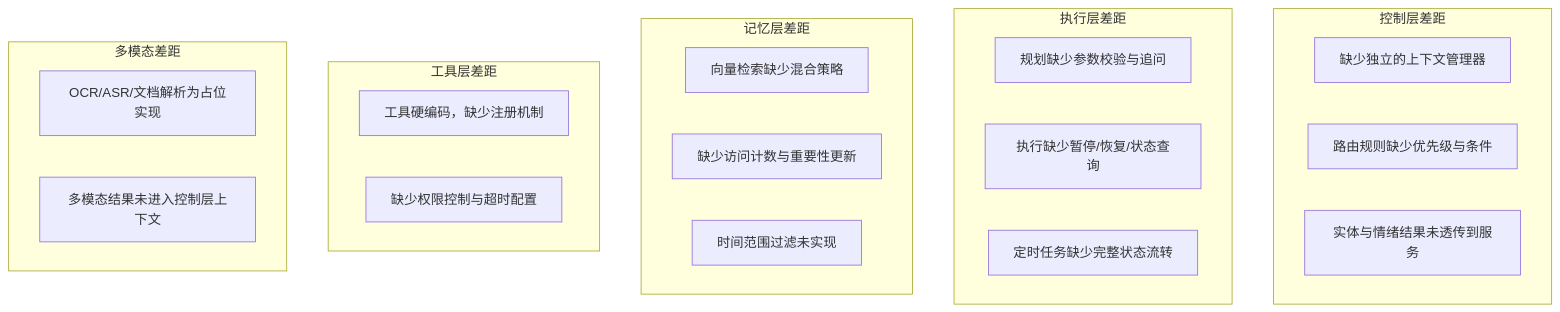
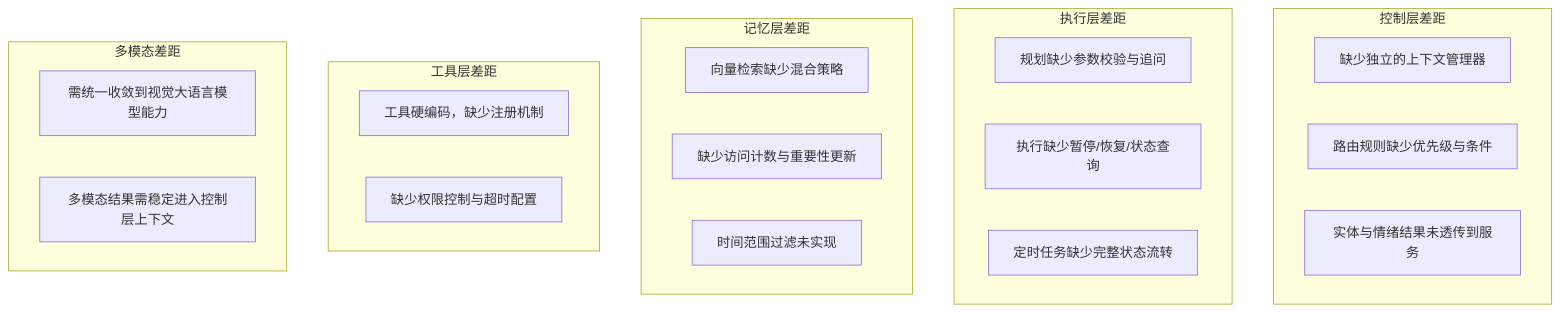
Before and after one commit to lukelzlz/xiaoyou: the first of 2 diagrams in plans/design-gap-plan.md, drawn with Mermaid. The commit also changed other lines of this file and 33 other files, not shown here.

````diff
--- a/plans/design-gap-plan.md
+++ b/plans/design-gap-plan.md
@@ -32,30 +32,30 @@
 ```mermaid
 flowchart TB
     subgraph 控制层差距
         C1[缺少独立的上下文管理器]
         C2[路由规则缺少优先级与条件]
         C3[实体与情绪结果未透传到服务]
     end
 
     subgraph 执行层差距
         E1[规划缺少参数校验与追问]
         E2[执行缺少暂停/恢复/状态查询]
         E3[定时任务缺少完整状态流转]
     end
 
     subgraph 记忆层差距
         M1[向量检索缺少混合策略]
         M2[缺少访问计数与重要性更新]
         M3[时间范围过滤未实现]
     end
 
     subgraph 工具层差距
         T1[工具硬编码，缺少注册机制]
         T2[缺少权限控制与超时配置]
     end
 
     subgraph 多模态差距
-        MM1[OCR/ASR/文档解析为占位实现]
-        MM2[多模态结果未进入控制层上下文]
+        MM1[需统一收敛到视觉大语言模型能力]
+        MM2[多模态结果需稳定进入控制层上下文]
     end
 ```
````
